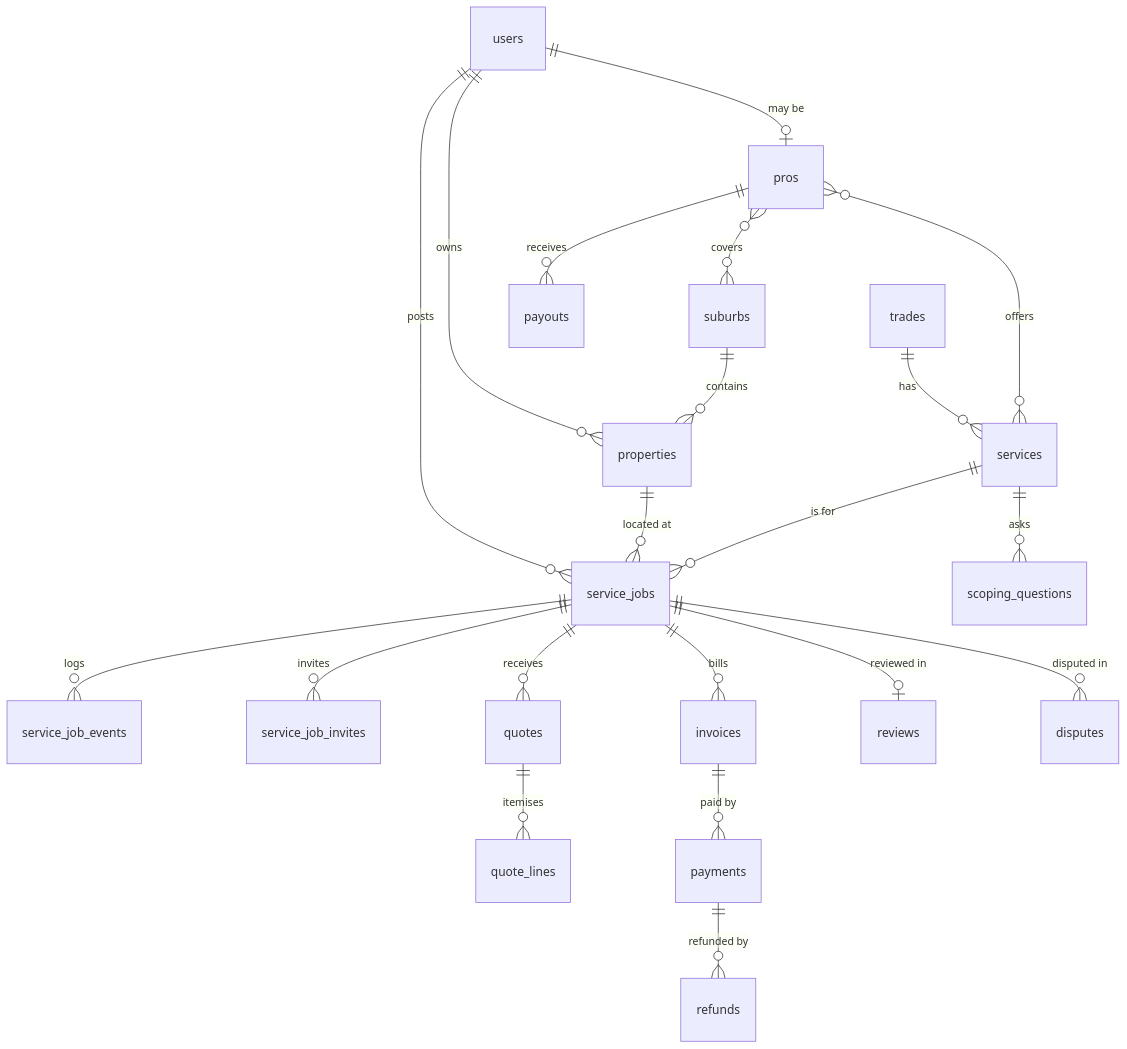
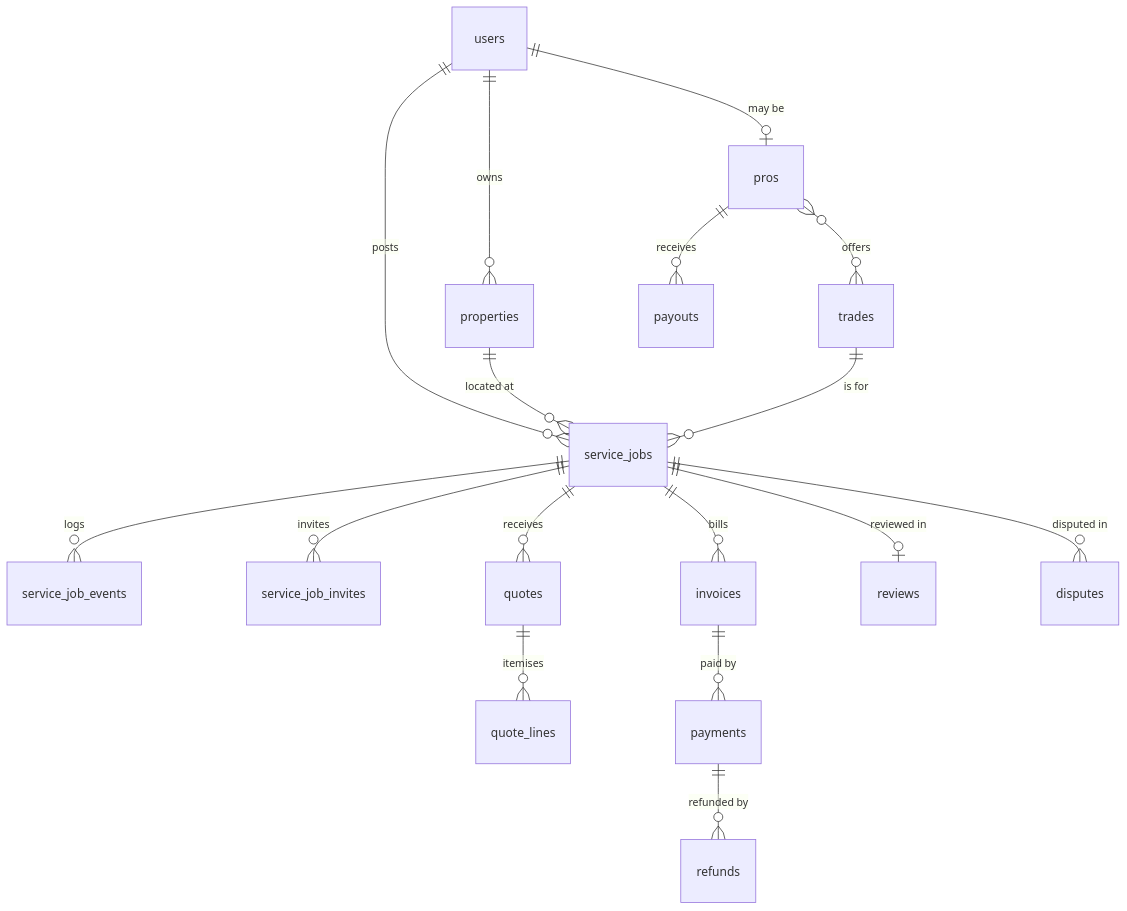
The diagram in docs/architecture/data-model.md (heyboystudio/getsorted), drawn with Mermaid before and after one commit. The commit also changed other lines of this file and 16 other files, not shown here.

````diff
--- a/docs/architecture/data-model.md
+++ b/docs/architecture/data-model.md
@@ -17,23 +17,19 @@
 ```mermaid
 erDiagram
     users ||--o{ properties : owns
     users ||--o| pros : "may be"
     users ||--o{ service_jobs : posts
     properties ||--o{ service_jobs : "located at"
-    suburbs ||--o{ properties : contains
-    trades ||--o{ services : has
-    services ||--o{ scoping_questions : asks
-    services ||--o{ service_jobs : "is for"
-    pros }o--o{ services : offers
-    pros }o--o{ suburbs : covers
+    trades ||--o{ service_jobs : "is for"
+    pros }o--o{ trades : offers
     service_jobs ||--o{ service_job_events : logs
     service_jobs ||--o{ service_job_invites : invites
     service_jobs ||--o{ quotes : receives
     quotes ||--o{ quote_lines : itemises
     service_jobs ||--o{ invoices : bills
     invoices ||--o{ payments : "paid by"
     payments ||--o{ refunds : "refunded by"
     pros ||--o{ payouts : receives
     service_jobs ||--o| reviews : "reviewed in"
     service_jobs ||--o{ disputes : "disputed in"
 ```
````
